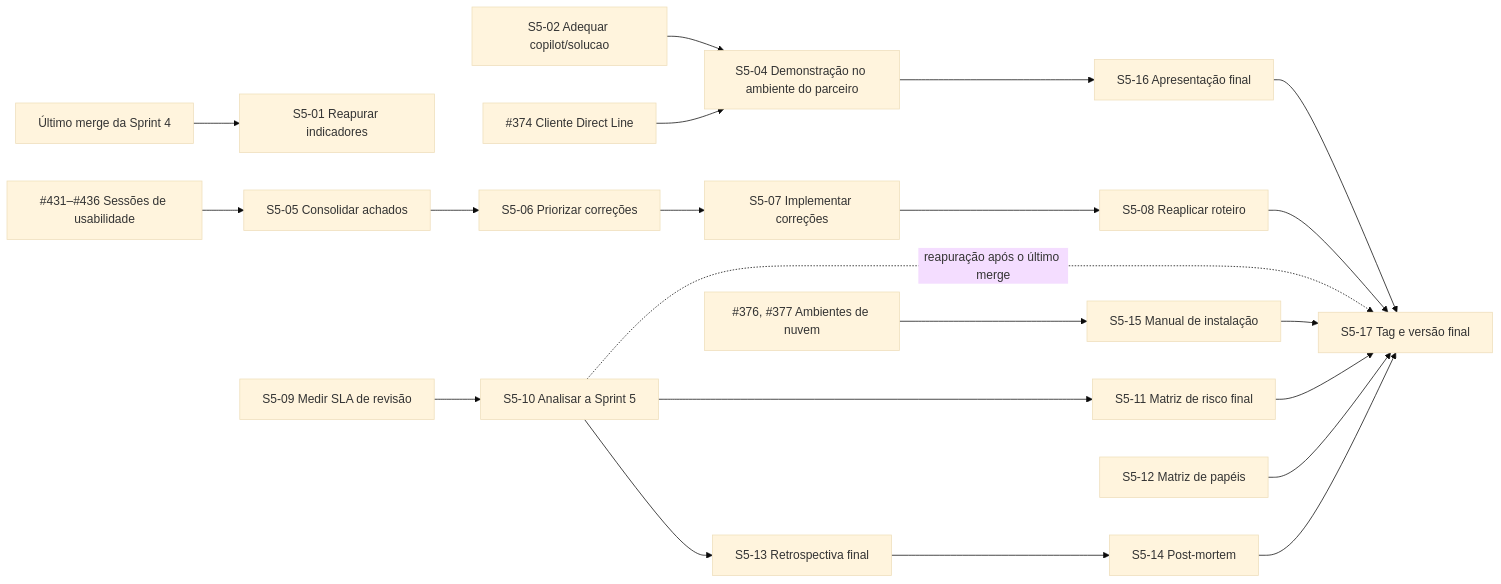
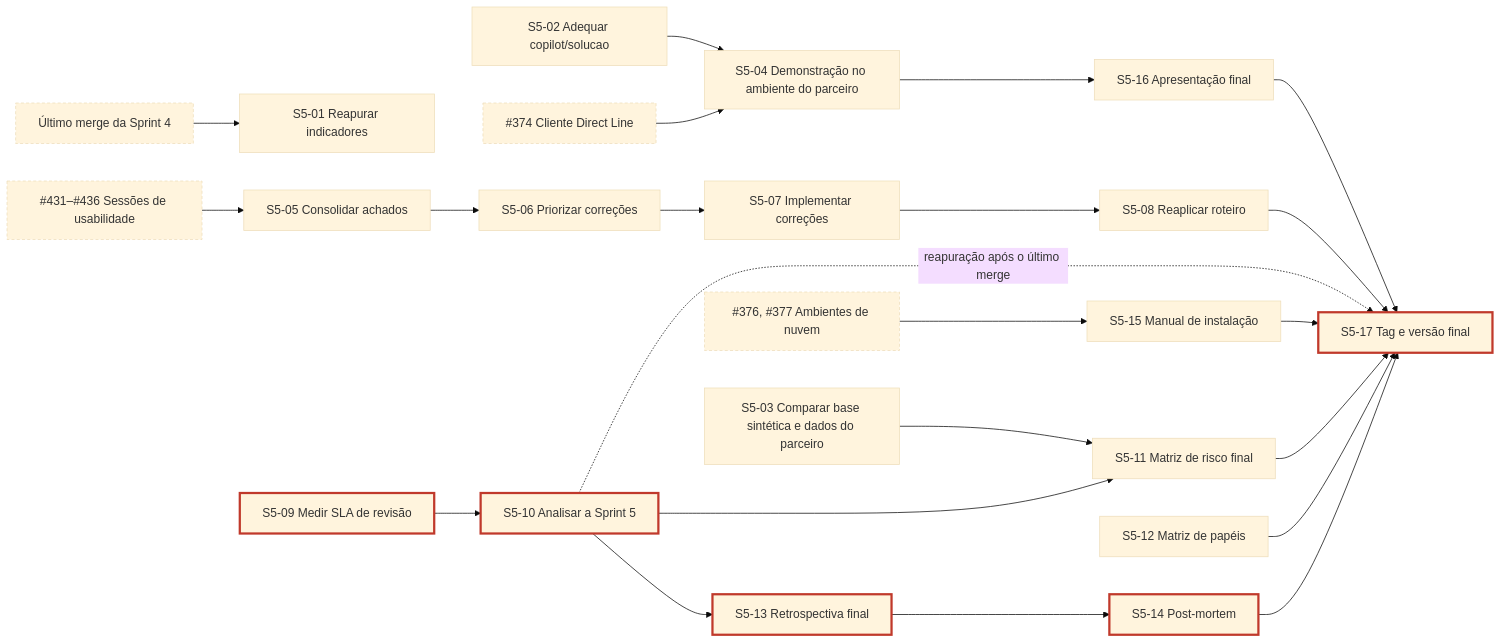
The diagram in docs/GestaoProjeto.md (Kdu07/agente-ia-portfolio-metro), drawn with Mermaid (base theme) before and after one commit. The commit also changed other lines of this file, not shown here.

````diff
--- a/docs/GestaoProjeto.md
+++ b/docs/GestaoProjeto.md
@@ -1391,14 +1406,19 @@
 ```mermaid
 flowchart LR
+    classDef critico stroke-width:3px,stroke:#c0392b
+    classDef externo stroke-dasharray:4 3
     F4["Último merge da Sprint 4"] --> S501["S5-01 Reapurar indicadores"]
     S502["S5-02 Adequar copilot/solucao"] --> S504["S5-04 Demonstração no ambiente do parceiro"]
     DL["#374 Cliente Direct Line"] --> S504
     S504 --> S516["S5-16 Apresentação final"]
     SU["#431–#436 Sessões de usabilidade"] --> S505["S5-05 Consolidar achados"] --> S506["S5-06 Priorizar correções"] --> S507["S5-07 Implementar correções"] --> S508["S5-08 Reaplicar roteiro"]
     S509["S5-09 Medir SLA de revisão"] --> S510["S5-10 Analisar a Sprint 5"]
     S510 -. "reapuração após o último merge" .-> S517
     S510 --> S511["S5-11 Matriz de risco final"]
     S510 --> S513["S5-13 Retrospectiva final"] --> S514["S5-14 Post-mortem"]
     AMB["#376, #377 Ambientes de nuvem"] --> S515["S5-15 Manual de instalação"]
+    S503["S5-03 Comparar base sintética e dados do parceiro"] --> S511
     S508 & S511 & S512["S5-12 Matriz de papéis"] & S514 & S515 & S516 --> S517["S5-17 Tag e versão final"]
+    class S509,S510,S513,S514,S517 critico
+    class F4,DL,SU,AMB externo
 ```
````
